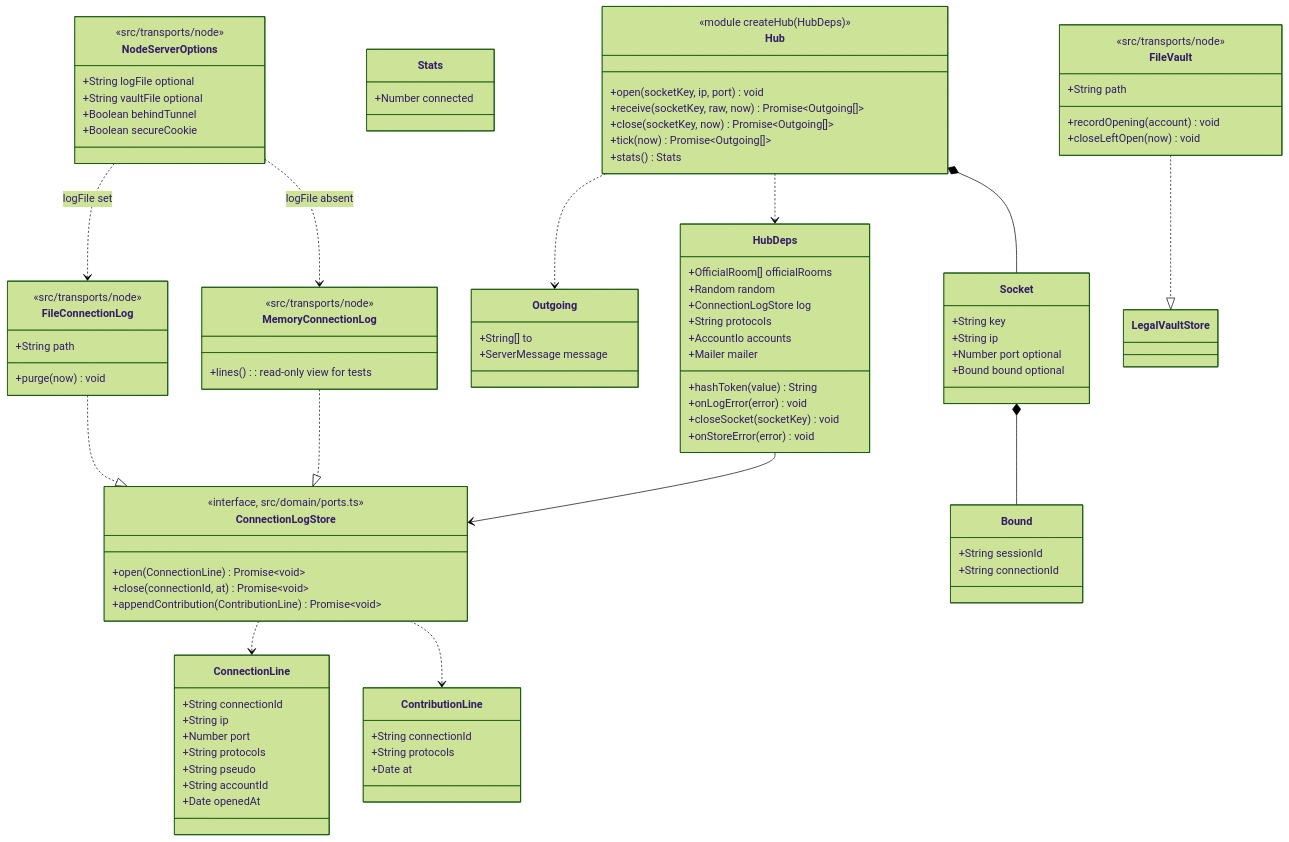
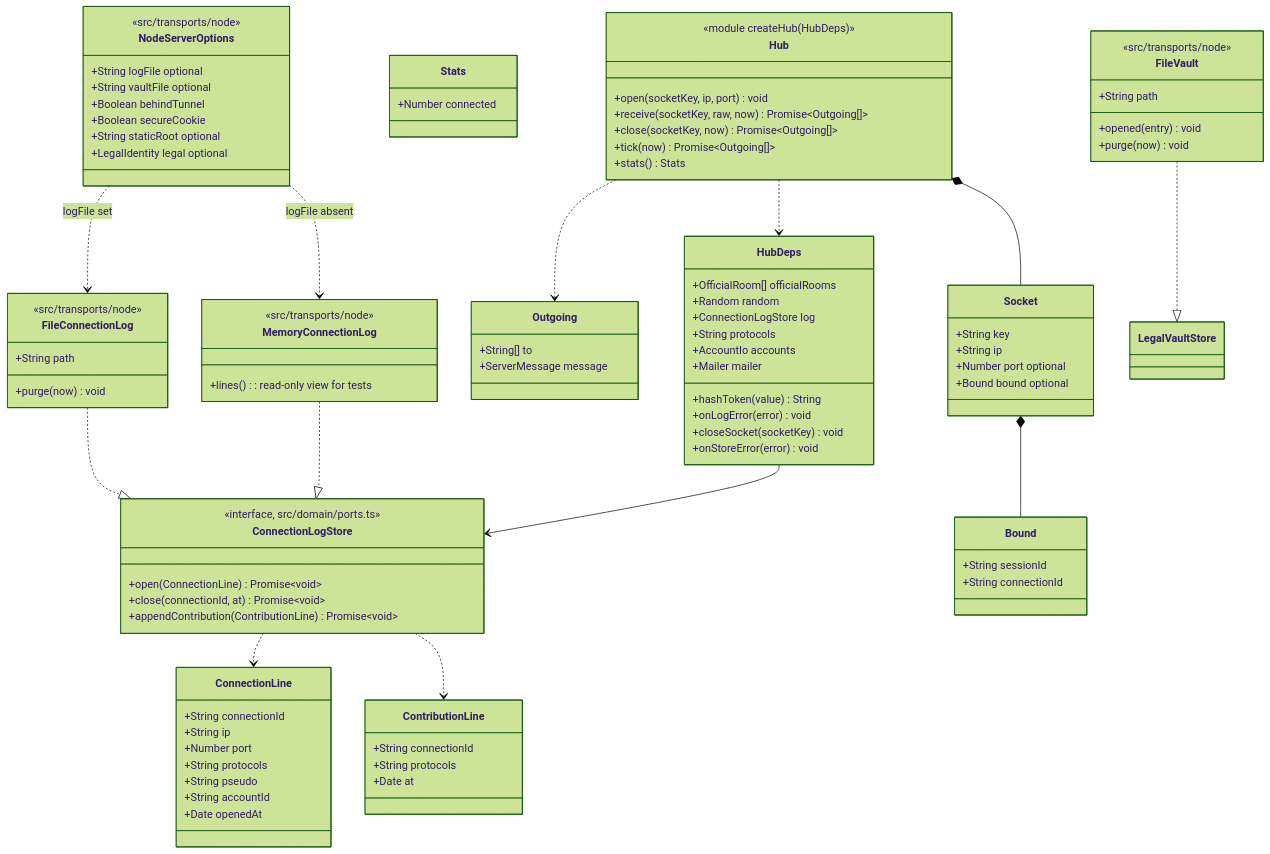
One commit to benoit-bremaud/asv changed the first of 2 diagrams in docs/architecture/diagrams/platform/04c-class-server-hub.md. Above: the diagram before and after it, drawn with Mermaid (forest theme). The commit also changed other lines of this file and 26 other files, not shown here.

```diff
--- a/docs/architecture/diagrams/platform/04c-class-server-hub.md
+++ b/docs/architecture/diagrams/platform/04c-class-server-hub.md
@@ -95,8 +95,8 @@
   class FileVault {
     <<src/transports/node>>
     +String path
-    +recordOpening(account) void
-    +closeLeftOpen(now) void
+    +opened(entry) void
+    +purge(now) void
   }
   FileVault ..|> LegalVaultStore
   class NodeServerOptions {
@@ -105,6 +105,8 @@
     +String vaultFile optional
     +Boolean behindTunnel
     +Boolean secureCookie
+    +String staticRoot optional
+    +LegalIdentity legal optional
   }
   NodeServerOptions ..> FileConnectionLog : logFile set
   NodeServerOptions ..> MemoryConnectionLog : logFile absent
```
